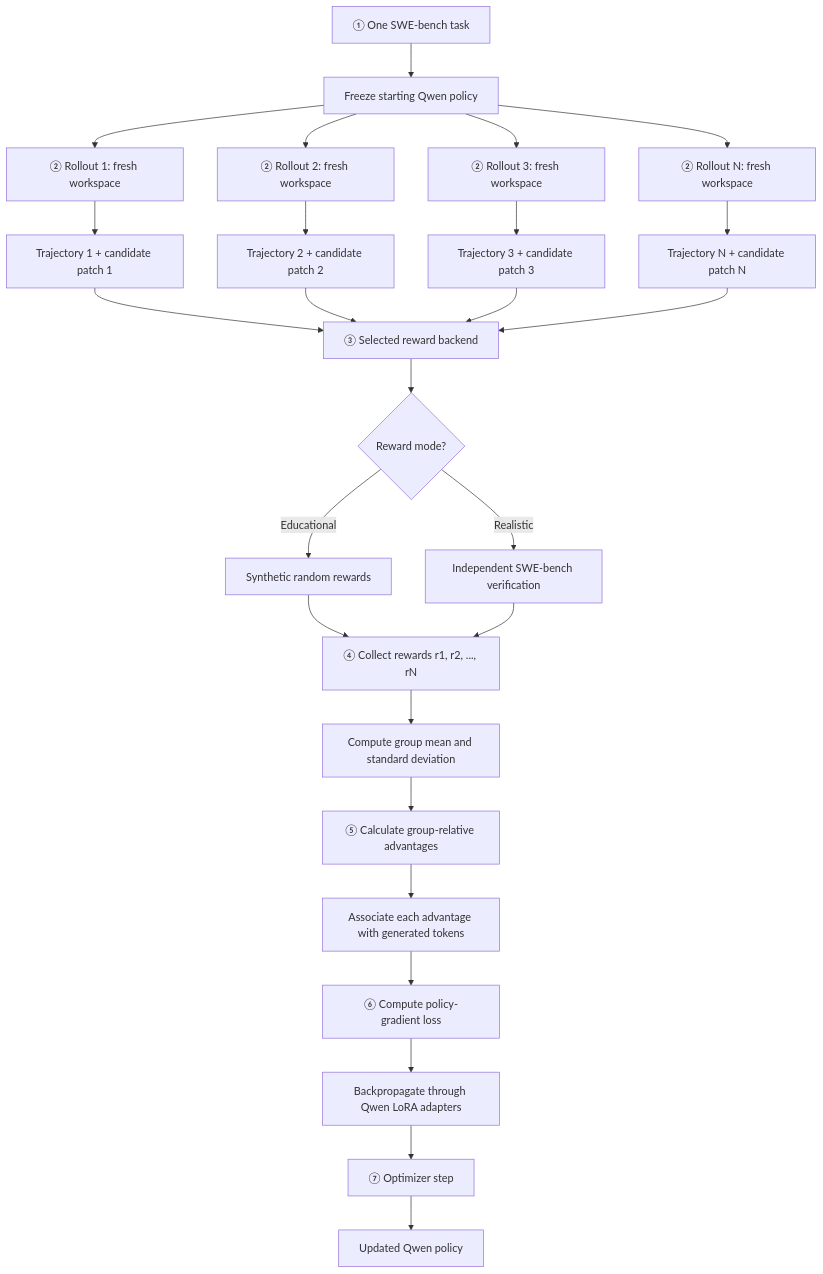
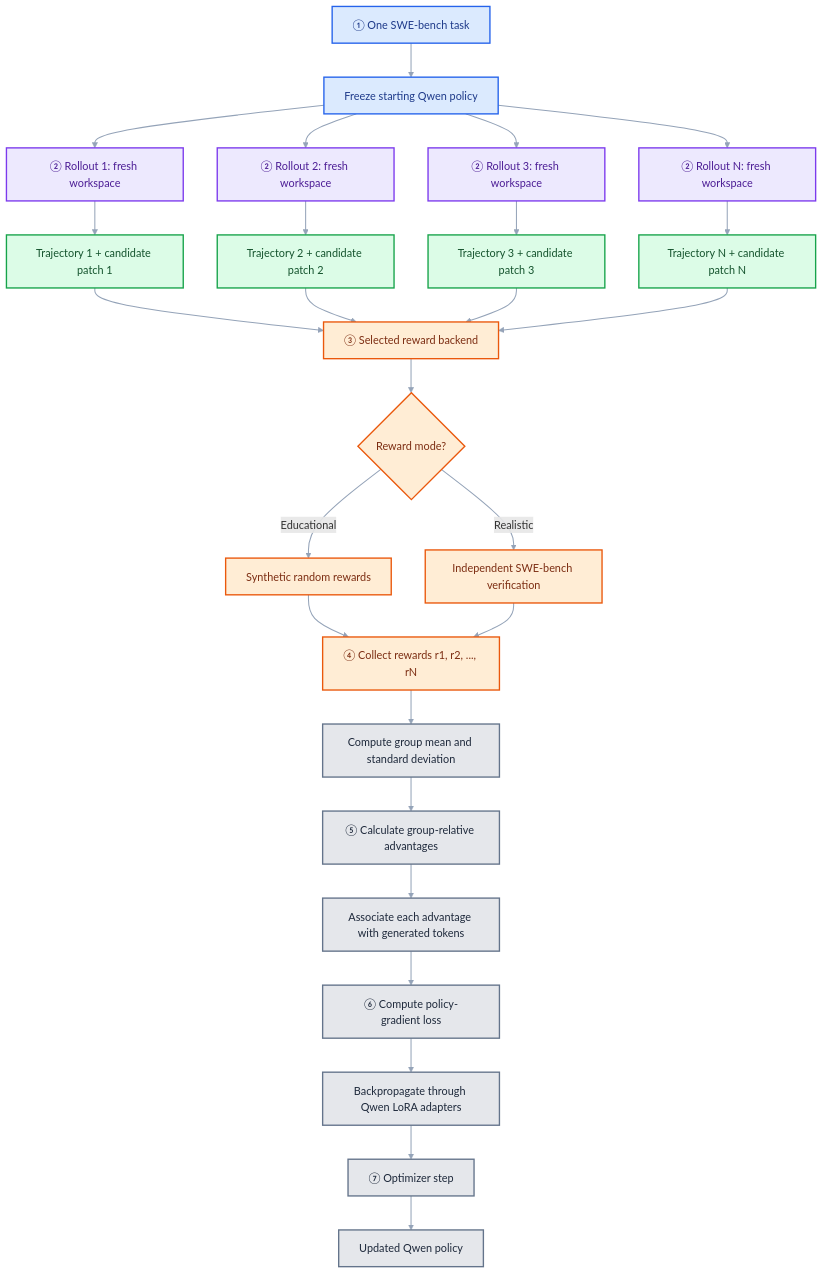
One commit to rderakhshan/SWE changed the fourth of 4 diagrams in README.md. Above: the diagram before and after it, drawn with Mermaid. The commit also changed other lines of this file, not shown here.

Commit message:
Update README flowcharts to newest versions

````diff
--- a/README.md
+++ b/README.md
@@ -229,34 +255,48 @@
 ```mermaid
 flowchart TD
     A["① One SWE-bench task"] --> B["Freeze starting Qwen policy"]
 
     B --> C["② Rollout 1: fresh workspace"]
     B --> D["② Rollout 2: fresh workspace"]
     B --> E["② Rollout 3: fresh workspace"]
     B --> F["② Rollout N: fresh workspace"]
 
     C --> G["Trajectory 1 + candidate patch 1"]
     D --> H["Trajectory 2 + candidate patch 2"]
     E --> I["Trajectory 3 + candidate patch 3"]
     F --> J["Trajectory N + candidate patch N"]
 
     G --> K["③ Selected reward backend"]
     H --> K
     I --> K
     J --> K
 
     K --> L{"Reward mode?"}
     L -->|Educational| M["Synthetic random rewards"]
     L -->|Realistic| N["Independent SWE-bench verification"]
 
     M --> O["④ Collect rewards r1, r2, ..., rN"]
     N --> O
 
     O --> P["Compute group mean and standard deviation"]
     P --> Q["⑤ Calculate group-relative advantages"]
     Q --> R["Associate each advantage with generated tokens"]
     R --> S["⑥ Compute policy-gradient loss"]
     S --> T["Backpropagate through Qwen LoRA adapters"]
     T --> U["⑦ Optimizer step"]
     U --> V["Updated Qwen policy"]
+
+    classDef prep fill:#DBEAFE,stroke:#2563EB,color:#1E3A8A,stroke-width:2px
+    classDef agent fill:#EDE9FE,stroke:#7C3AED,color:#4C1D95,stroke-width:2px
+    classDef tools fill:#DCFCE7,stroke:#16A34A,color:#14532D,stroke-width:2px
+    classDef verify fill:#FFEDD5,stroke:#EA580C,color:#7C2D12,stroke-width:2px
+    classDef learn fill:#E5E7EB,stroke:#64748B,color:#1E293B,stroke-width:2px
+
+    class A,B prep
+    class C,D,E,F agent
+    class G,H,I,J tools
+    class K,L,M,N,O verify
+    class P,Q,R,S,T,U,V learn
+
+    linkStyle default stroke:#94A3B8,stroke-width:1.5px
 ```
````
